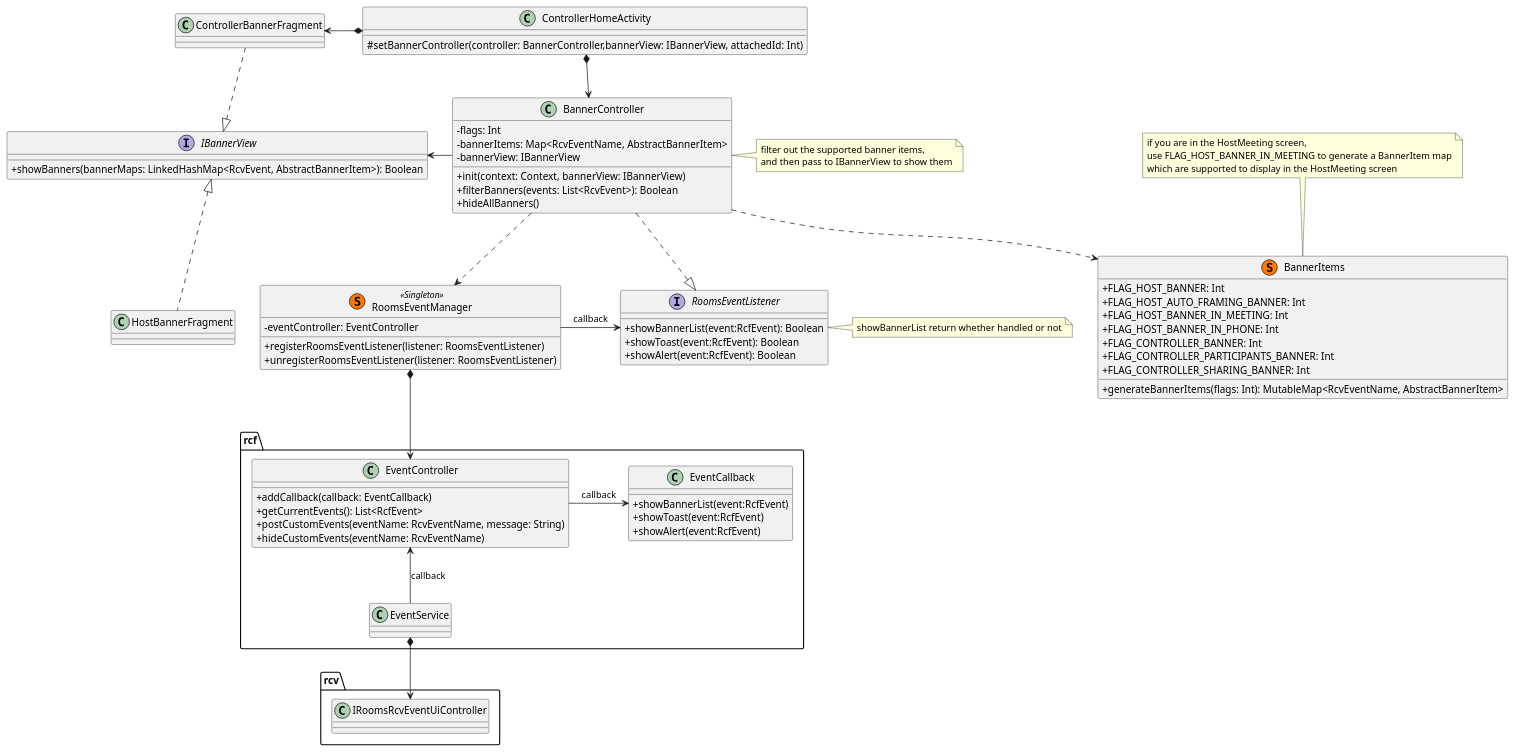
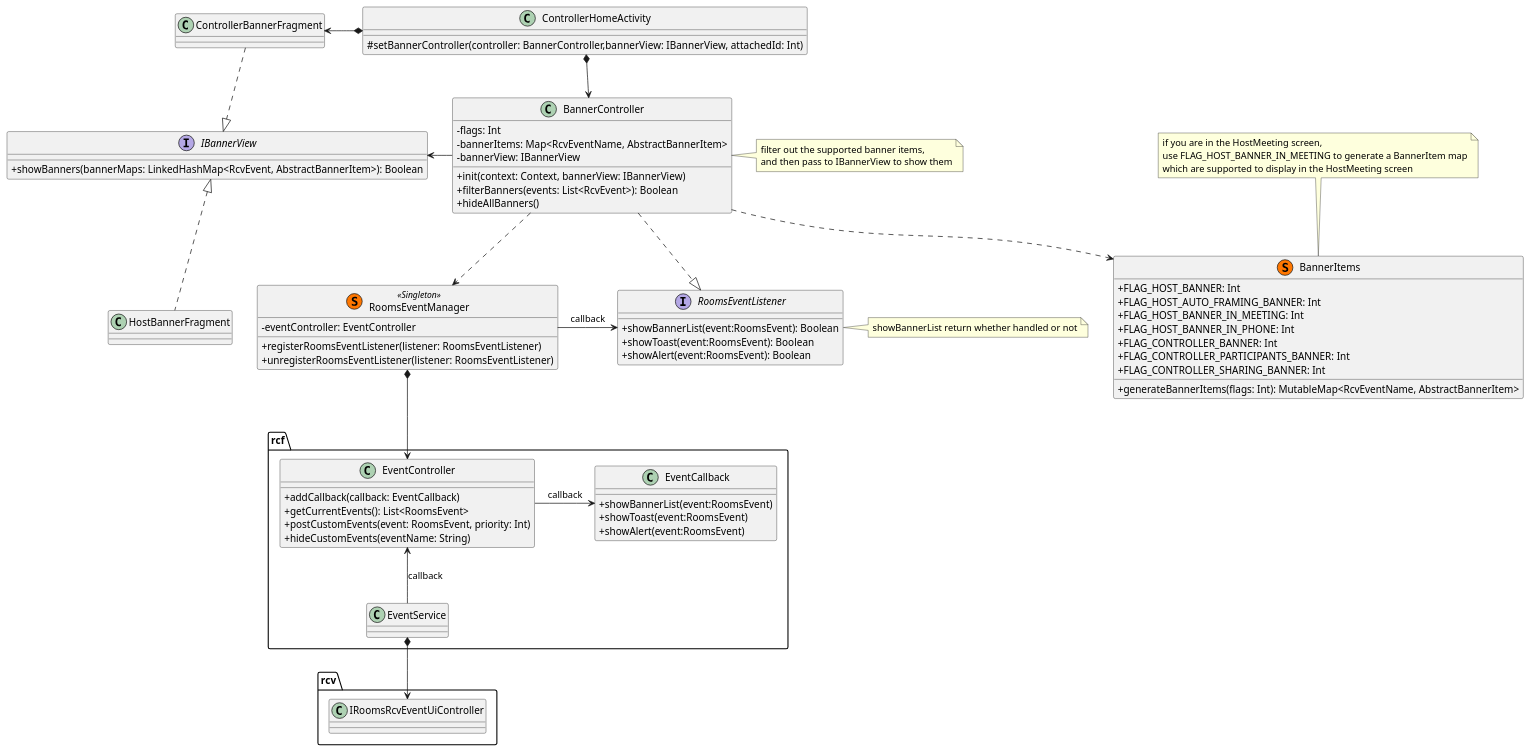
The diagram in uml/event/RoomsEventClassDiagram.puml (DarkSherlock/PlantUML), drawn with PlantUML before and after one commit. The commit also changed 3 other files, not shown here.

Commit message:
update events diagram

```diff
--- a/uml/event/RoomsEventClassDiagram.puml
+++ b/uml/event/RoomsEventClassDiagram.puml
@@ -1,99 +1,99 @@
 @startuml
 'https://plantuml.com/class-diagram
 skinparam classAttributeIconSize 0
 
 ControllerHomeActivity *-down-> BannerController
 ControllerHomeActivity *-left-> ControllerBannerFragment
 
 ControllerBannerFragment ..|> IBannerView
 HostBannerFragment .up.|> IBannerView
 
 BannerController .down.|> RoomsEventListener
 BannerController .down.> RoomsEventManager
 BannerController .down.> BannerItems
 BannerController -left-> IBannerView
 
 RoomsEventManager *-down-> rcf.EventController
 RoomsEventManager -right-> RoomsEventListener: callback
 
 
 rcf.EventController -right-> rcf.EventCallback: callback
 rcf.EventService -up-> rcf.EventController: callback
 rcf.EventService *-down-> rcv.IRoomsRcvEventUiController
 
 class ControllerHomeActivity {
     # setBannerController(controller: BannerController,bannerView: IBannerView, attachedId: Int)
 }
 
 class HostBannerFragment
 class ControllerBannerFragment
 
 note top of BannerItems
     if you are in the HostMeeting screen,
     use FLAG_HOST_BANNER_IN_MEETING to generate a BannerItem map
     which are supported to display in the HostMeeting screen
 end note
 class BannerItems<< (S, #FF7700) >> {
     + FLAG_HOST_BANNER: Int
     + FLAG_HOST_AUTO_FRAMING_BANNER: Int
     + FLAG_HOST_BANNER_IN_MEETING: Int
     + FLAG_HOST_BANNER_IN_PHONE: Int
     + FLAG_CONTROLLER_BANNER: Int
     + FLAG_CONTROLLER_PARTICIPANTS_BANNER: Int
     + FLAG_CONTROLLER_SHARING_BANNER: Int
     + generateBannerItems(flags: Int): MutableMap<RcvEventName, AbstractBannerItem>
 }
 
 note right of BannerController
     filter out the supported banner items,
     and then pass to IBannerView to show them
 end note
 class BannerController {
     - flags: Int
     - bannerItems: Map<RcvEventName, AbstractBannerItem>
     - bannerView: IBannerView
     + init(context: Context, bannerView: IBannerView)
     + filterBanners(events: List<RcvEvent>): Boolean
     + hideAllBanners()
 }
 
 interface IBannerView {
     + showBanners(bannerMaps: LinkedHashMap<RcvEvent, AbstractBannerItem>): Boolean
 }
 
 class RoomsEventManager<< (S, #FF7700) Singleton>> {
     - eventController: EventController
     + registerRoomsEventListener(listener: RoomsEventListener)
     + unregisterRoomsEventListener(listener: RoomsEventListener)
 }
 
 note right of RoomsEventListener
     showBannerList return whether handled or not
 end note
 interface RoomsEventListener {
-    + showBannerList(event:RcfEvent): Boolean
-    + showToast(event:RcfEvent): Boolean
-    + showAlert(event:RcfEvent): Boolean
+    + showBannerList(event:RoomsEvent): Boolean
+    + showToast(event:RoomsEvent): Boolean
+    + showAlert(event:RoomsEvent): Boolean
 }
 
 namespace rcf {
     class EventController {
         + addCallback(callback: EventCallback)
-        + getCurrentEvents(): List<RcfEvent>
-        + postCustomEvents(eventName: RcvEventName, message: String)
-        + hideCustomEvents(eventName: RcvEventName)
+        + getCurrentEvents(): List<RoomsEvent>
+        + postCustomEvents(event: RoomsEvent, priority: Int)
+        + hideCustomEvents(eventName: String)
     }
 
     class EventCallback {
-        + showBannerList(event:RcfEvent)
-        + showToast(event:RcfEvent)
-        + showAlert(event:RcfEvent)
+        + showBannerList(event:RoomsEvent)
+        + showToast(event:RoomsEvent)
+        + showAlert(event:RoomsEvent)
     }
 
     class EventService
 }
 
 namespace rcv {
     class IRoomsRcvEventUiController
 }
 @enduml
```
